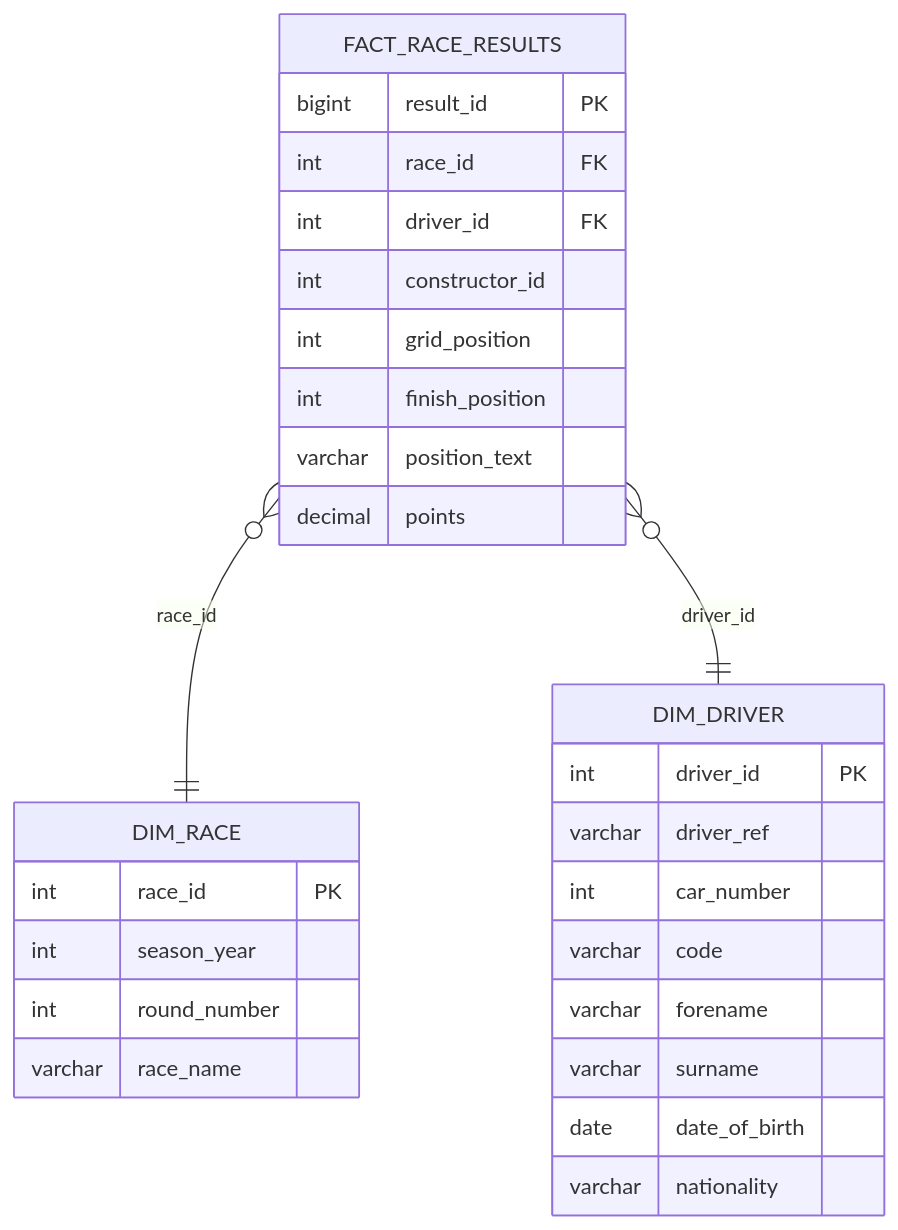
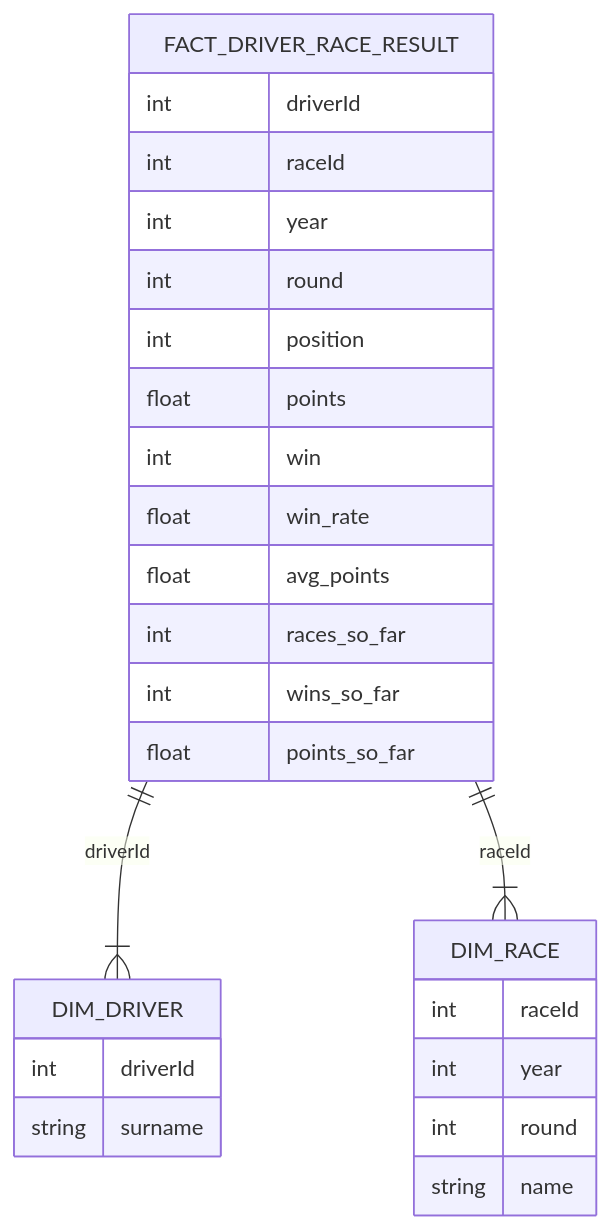
One commit to yenatariys/formula1-ml-pipeline changed the diagram in docs/star_schema.md. Above: the diagram before and after it, drawn with Mermaid.

Commit message:
Update star schema to include detailed driver and race metrics in the ER diagram

````diff
--- a/docs/star_schema.md
+++ b/docs/star_schema.md
@@ -14,34 +14,29 @@
 ```mermaid
 erDiagram
-FACT_RACE_RESULTS {
-    bigint result_id PK
-    int race_id FK
-    int driver_id FK
-    int constructor_id
-    int grid_position
-    int finish_position
-    varchar position_text
-    decimal points
-}
-
-DIM_RACE {
-    int race_id PK
-    int season_year
-    int round_number
-    varchar race_name
-}
-
-DIM_DRIVER {
-    int driver_id PK
-    varchar driver_ref
-    int car_number
-    varchar code
-    varchar forename
-    varchar surname
-    date date_of_birth
-    varchar nationality
-}
-
-FACT_RACE_RESULTS }o--|| DIM_RACE : race_id
-FACT_RACE_RESULTS }o--|| DIM_DRIVER : driver_id
+    FACT_DRIVER_RACE_RESULT {
+        int driverId
+        int raceId
+        int year
+        int round
+        int position
+        float points
+        int win
+        float win_rate
+        float avg_points
+        int races_so_far
+        int wins_so_far
+        float points_so_far
+    }
+    DIM_DRIVER {
+        int driverId
+        string surname
+    }
+    DIM_RACE {
+        int raceId
+        int year
+        int round
+        string name
+    }
+    FACT_DRIVER_RACE_RESULT ||--|{ DIM_DRIVER : "driverId"
+    FACT_DRIVER_RACE_RESULT ||--|{ DIM_RACE : "raceId"
 ```
````
